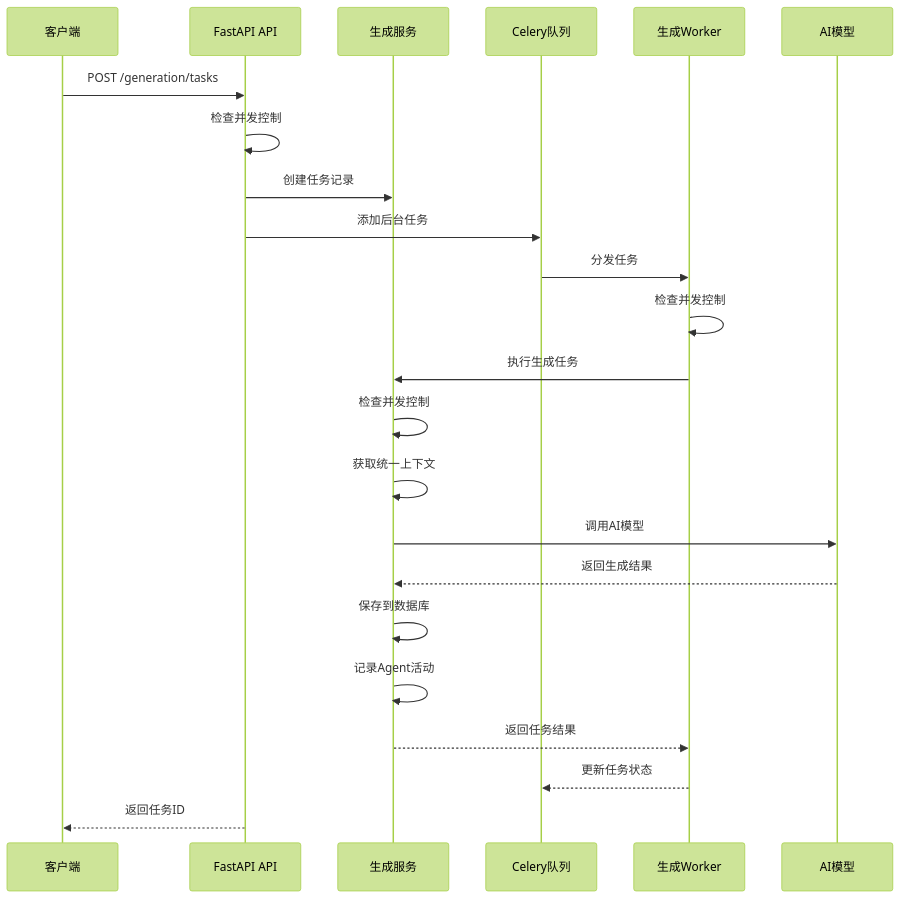
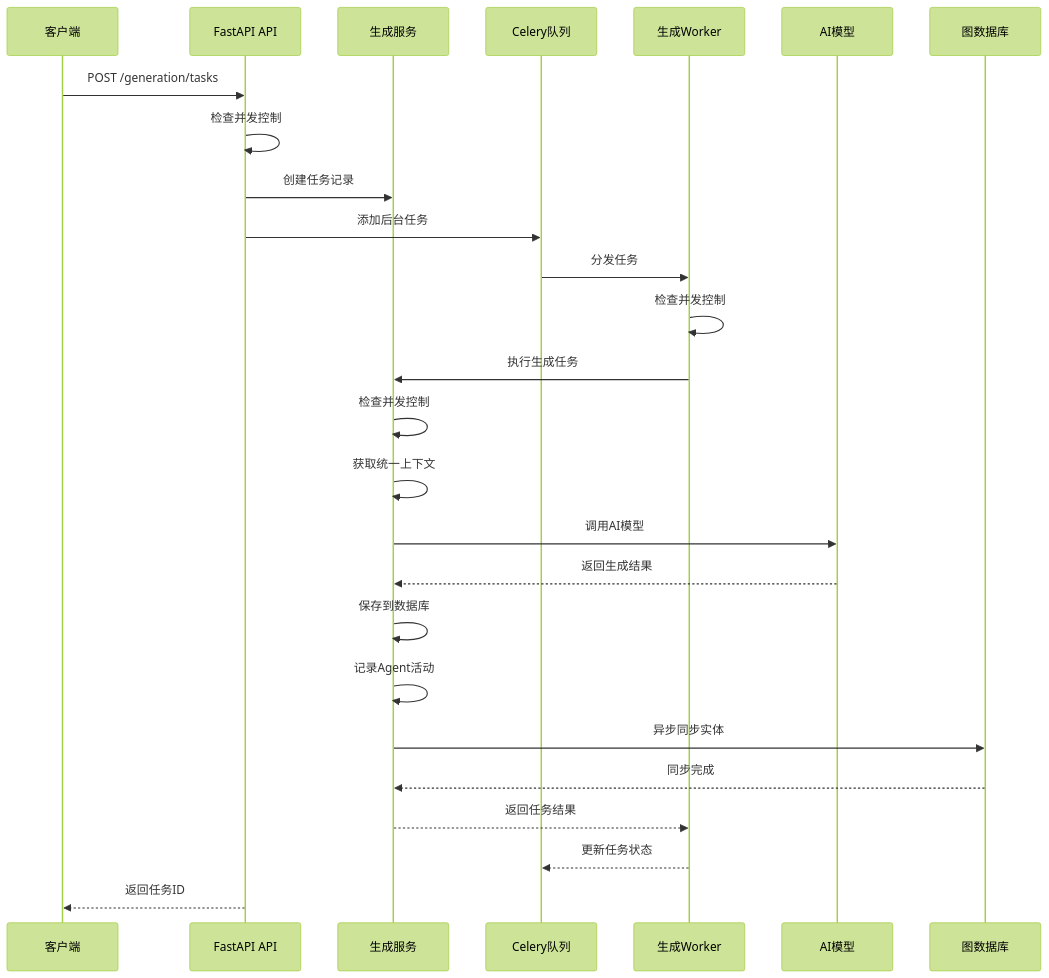
Before and after one commit to xfbyxq/ai-novel-system: the third of 18 diagrams in .qoder/repowiki/zh/content/Generation Service.md, drawn with Mermaid (forest theme). The commit also changed other lines of this file and 19 other files, not shown here.

First line of the commit message:
feat(graph): 新增图数据库完整支持与AI聊天集成

````diff
--- a/.qoder/repowiki/zh/content/Generation Service.md
+++ b/.qoder/repowiki/zh/content/Generation Service.md
@@ -246,25 +309,28 @@
 ```mermaid
 sequenceDiagram
 participant Client as 客户端
 participant API as FastAPI API
 participant Service as 生成服务
 participant Queue as Celery队列
 participant Worker as 生成Worker
 participant LLM as AI模型
+participant GraphDB as 图数据库
 Client->>API : POST /generation/tasks
 API->>API : 检查并发控制
 API->>Service : 创建任务记录
 API->>Queue : 添加后台任务
 Queue->>Worker : 分发任务
 Worker->>Worker : 检查并发控制
 Worker->>Service : 执行生成任务
 Service->>Service : 检查并发控制
 Service->>Service : 获取统一上下文
 Service->>LLM : 调用AI模型
 LLM-->>Service : 返回生成结果
 Service->>Service : 保存到数据库
 Service->>Service : 记录Agent活动
+Service->>GraphDB : 异步同步实体
+GraphDB-->>Service : 同步完成
 Service-->>Worker : 返回任务结果
 Worker-->>Queue : 更新任务状态
 API-->>Client : 返回任务ID
 ```
````
